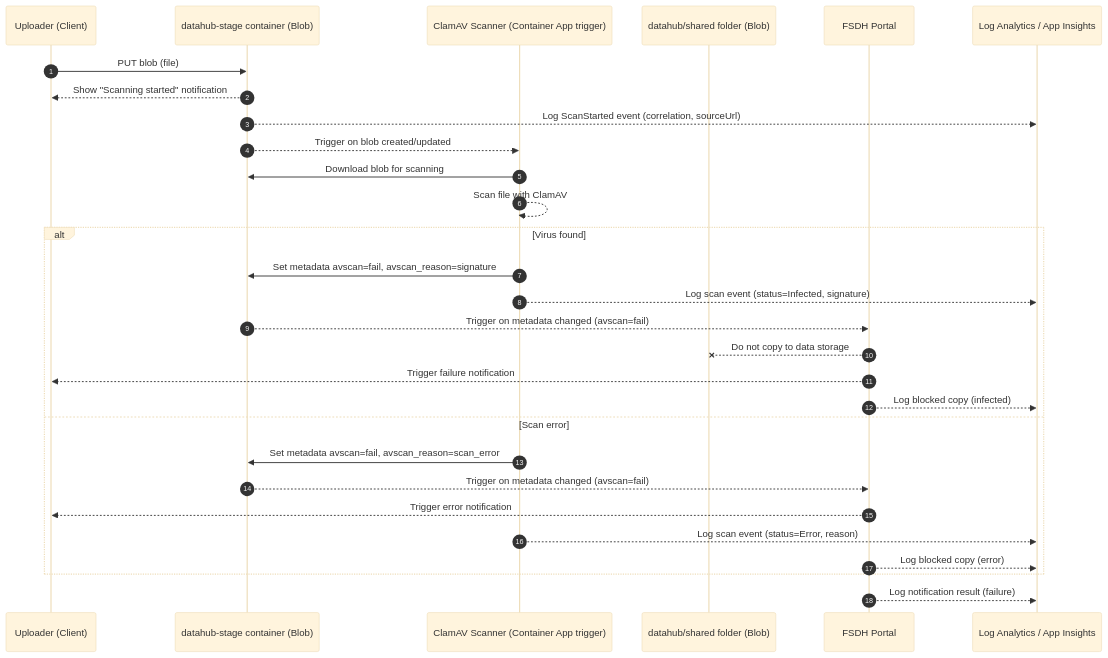
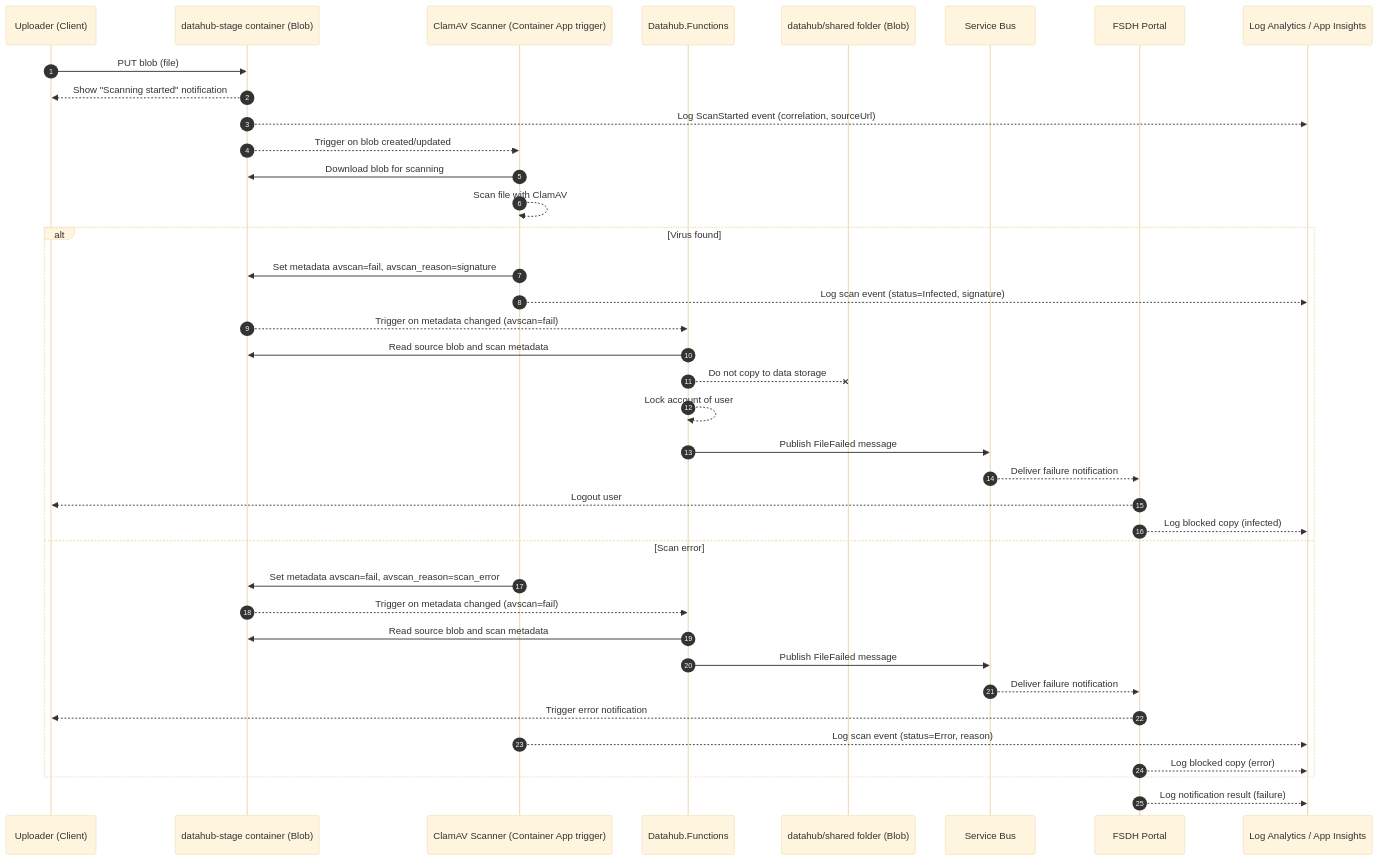
The second of 3 diagrams in DeveloperGuide/ClamAV/README.md (ssc-sp/datahub-docs), drawn with Mermaid (base theme) before and after one commit. The commit also changed other lines of this file, not shown here.

Commit message:
added service bus details

````diff
--- a/DeveloperGuide/ClamAV/README.md
+++ b/DeveloperGuide/ClamAV/README.md
@@ -123,32 +128,41 @@
 ```mermaid
 sequenceDiagram
 autonumber
 participant U as Uploader (Client)
 participant UC as datahub-stage container (Blob)
 participant AV as ClamAV Scanner (Container App trigger)
+participant F as Datahub.Functions
 participant DC as datahub/shared folder (Blob)
+participant SB as Service Bus
 participant N as FSDH Portal
 participant L as Log Analytics / App Insights
 
 U->>UC: PUT blob (file)
 UC-->>U: Show "Scanning started" notification
 UC-->>L: Log ScanStarted event (correlation, sourceUrl)
 UC-->>AV: Trigger on blob created/updated
 AV->>UC: Download blob for scanning
 AV-->>AV: Scan file with ClamAV
 alt Virus found
   AV->>UC: Set metadata avscan=fail, avscan_reason=signature
   AV-->>L: Log scan event (status=Infected, signature)
-  UC-->>N: Trigger on metadata changed (avscan=fail)
-  N--x DC: Do not copy to data storage
-  N-->>U: Trigger failure notification
+  UC-->>F: Trigger on metadata changed (avscan=fail)
+  F->>UC: Read source blob and scan metadata
+  F--x DC: Do not copy to data storage
+  F-->>F: Lock account of user
+  F->>SB: Publish FileFailed message
+  SB-->>N: Deliver failure notification
+  N-->>U: Logout user
   N-->>L: Log blocked copy (infected)
 else Scan error
   AV->>UC: Set metadata avscan=fail, avscan_reason=scan_error
-  UC-->>N: Trigger on metadata changed (avscan=fail)
+  UC-->>F: Trigger on metadata changed (avscan=fail)
+  F->>UC: Read source blob and scan metadata
+  F->>SB: Publish FileFailed message
+  SB-->>N: Deliver failure notification
   N-->>U: Trigger error notification
   AV-->>L: Log scan event (status=Error, reason)
   N-->>L: Log blocked copy (error)
 end
 N-->>L: Log notification result (failure)
 ```
````
